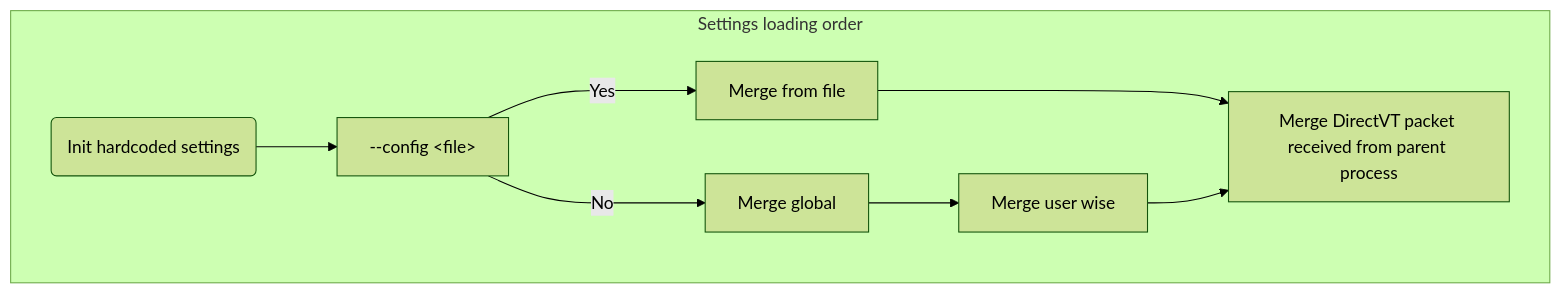
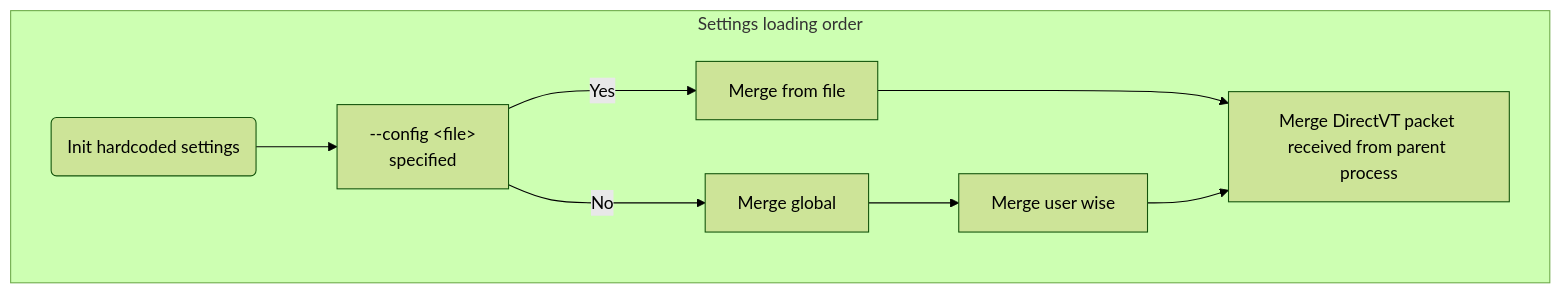
The diagram in doc/settings.md (directvt/vtm), drawn with Mermaid (forest theme) before and after one commit.

Commit message:
#465: Update settings.md

````diff
--- a/doc/settings.md
+++ b/doc/settings.md
@@ -3,13 +3,14 @@
 ```mermaid
 graph LR
     subgraph Settings loading order
     direction LR
         B(Init hardcoded settings)
-        B --> C["--config #lt;file#gt;"]
+        B --> C["--config #lt;file#gt;
+        specified"]
         C -->|Yes| D[Merge from file]
         C --->|No| F[Merge global]
         F --> G[Merge user wise]
         D ---> H[Merge DirectVT packet received from parent process]
         G --> H
     end
 ```
````
